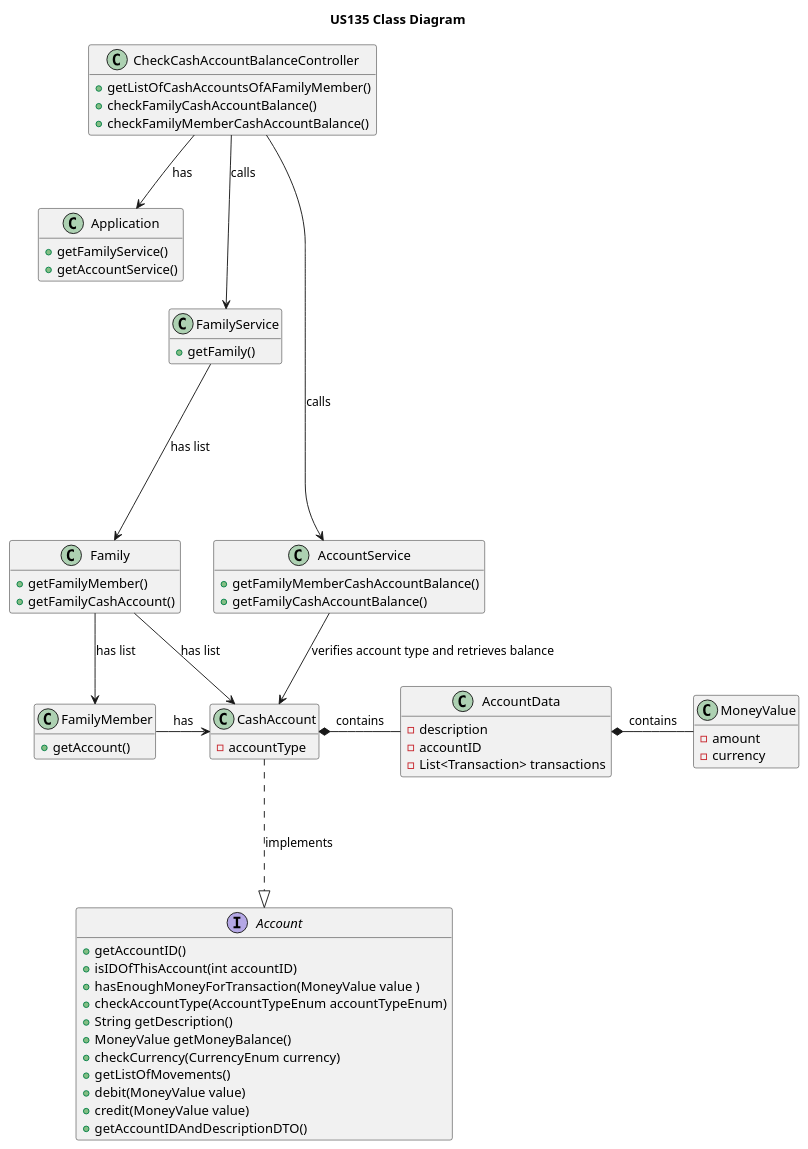
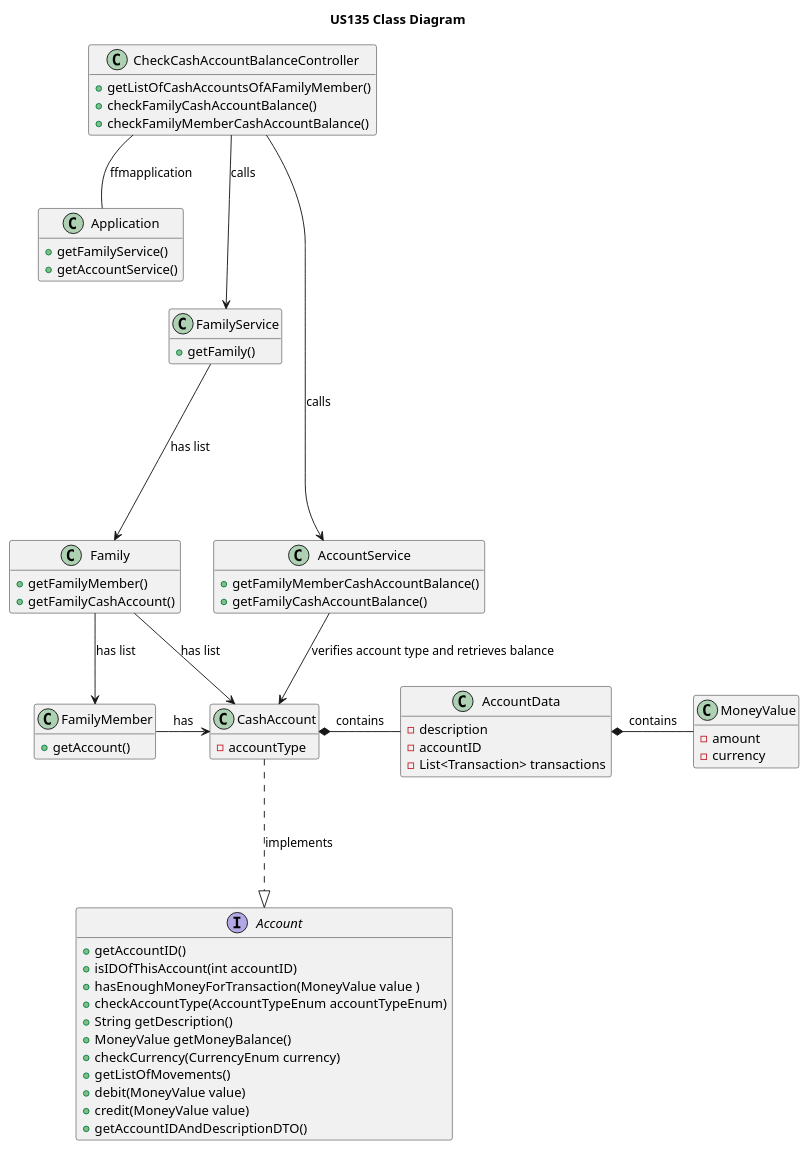
The seventh of 7 diagrams in docs/sprint2/user_stories/US135_CheckFamilyOrFamilyMemberCashAccountBalance.md (tomas-osswald/switch_2020_g3), drawn with PlantUML before and after one commit.

Commit message:
changes to us135 documentation

````diff
--- a/docs/sprint2/user_stories/US135_CheckFamilyOrFamilyMemberCashAccountBalance.md
+++ b/docs/sprint2/user_stories/US135_CheckFamilyOrFamilyMemberCashAccountBalance.md
@@ -414,77 +414,77 @@
 ```puml
 
 title US135 Class Diagram
 hide empty members
 
 class CheckCashAccountBalanceController {
 + getListOfCashAccountsOfAFamilyMember()
 + checkFamilyCashAccountBalance()
 + checkFamilyMemberCashAccountBalance()
 }
 
 class Application {
 + getFamilyService()
 + getAccountService()
 }
 
 class CashAccount {
 - accountType
 }
 
 class AccountData {
 - description
 - accountID
 - List<Transaction> transactions
 }
 
 
 class AccountService {
 + getFamilyMemberCashAccountBalance()
 + getFamilyCashAccountBalance()
 }
 
 class FamilyService {
 + getFamily()
 }
 
 class Family {
 + getFamilyMember()
 + getFamilyCashAccount()
 }
 
 class FamilyMember {
 + getAccount()
 }
 
 interface Account {
 + getAccountID()
 + isIDOfThisAccount(int accountID)
 + hasEnoughMoneyForTransaction(MoneyValue value )
 + checkAccountType(AccountTypeEnum accountTypeEnum)
 + String getDescription()
 + MoneyValue getMoneyBalance()
 + checkCurrency(CurrencyEnum currency)
 + getListOfMovements()
 + debit(MoneyValue value)
 + credit(MoneyValue value)
 + getAccountIDAndDescriptionDTO()
 }
 
 class MoneyValue {
 - amount
 - currency
 }
 
-CheckCashAccountBalanceController --> Application : has
+CheckCashAccountBalanceController -- Application : ffmapplication
 
 CheckCashAccountBalanceController -----> AccountService : calls
 CheckCashAccountBalanceController --> FamilyService : calls
 FamilyService --> Family : has list
 Family --> FamilyMember : has list
 Family --> CashAccount : has list
 FamilyMember -> CashAccount : has
 CashAccount .--|> Account : implements
 CashAccount *- AccountData : contains
 AccountData *- MoneyValue : contains
 AccountService --> CashAccount : verifies account type and retrieves balance
 ```
````
